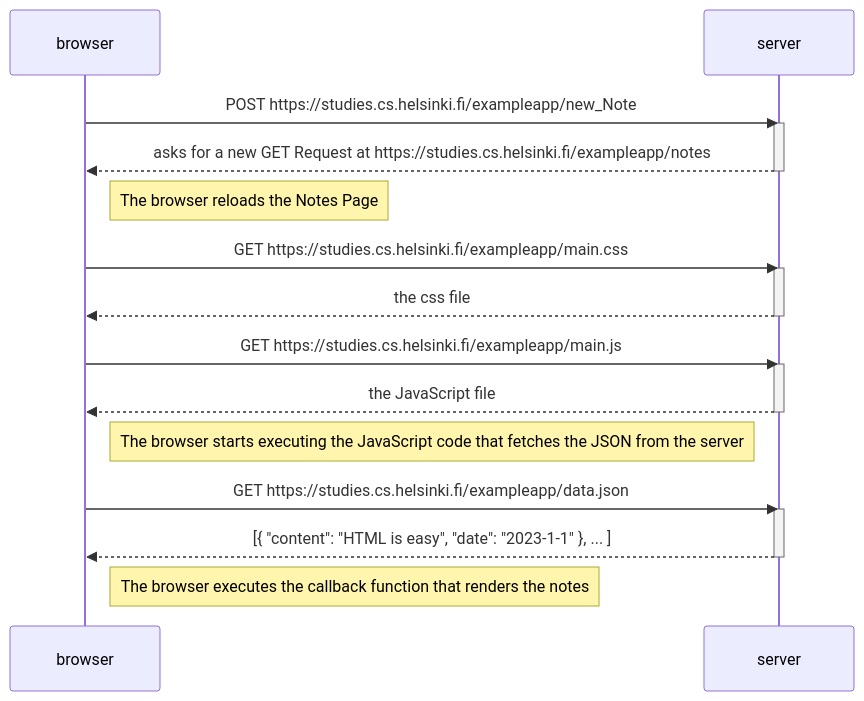
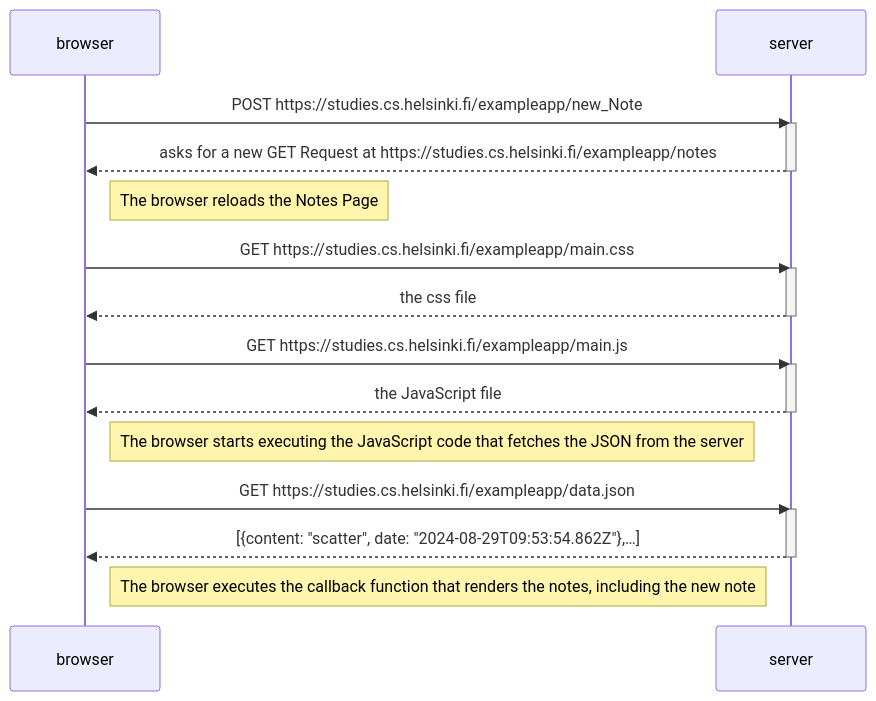
The diagram in part04.md (JacobWeikum/Fullstack-Learning), drawn with Mermaid before and after one commit.

````diff
--- a/part04.md
+++ b/part04.md
@@ -1,31 +1,31 @@
 ```mermaid
 sequenceDiagram
     participant browser
     participant server
 
     browser->>server: POST https://studies.cs.helsinki.fi/exampleapp/new_Note
     activate server
     server-->>browser: asks for a new GET Request at https://studies.cs.helsinki.fi/exampleapp/notes
     deactivate server
 
     note right of browser: The browser reloads the Notes Page
 
     browser->>server: GET https://studies.cs.helsinki.fi/exampleapp/main.css
     activate server
     server-->>browser: the css file
     deactivate server
 
     browser->>server: GET https://studies.cs.helsinki.fi/exampleapp/main.js
     activate server
     server-->>browser: the JavaScript file
     deactivate server
 
     Note right of browser: The browser starts executing the JavaScript code that fetches the JSON from the server
 
     browser->>server: GET https://studies.cs.helsinki.fi/exampleapp/data.json
     activate server
-    server-->>browser: [{ "content": "HTML is easy", "date": "2023-1-1" }, ... ]
+    server-->>browser: [{content: "scatter", date: "2024-08-29T09:53:54.862Z"},…]
     deactivate server
 
-    Note right of browser: The browser executes the callback function that renders the notes
+    Note right of browser: The browser executes the callback function that renders the notes, including the new note
 ```
````
